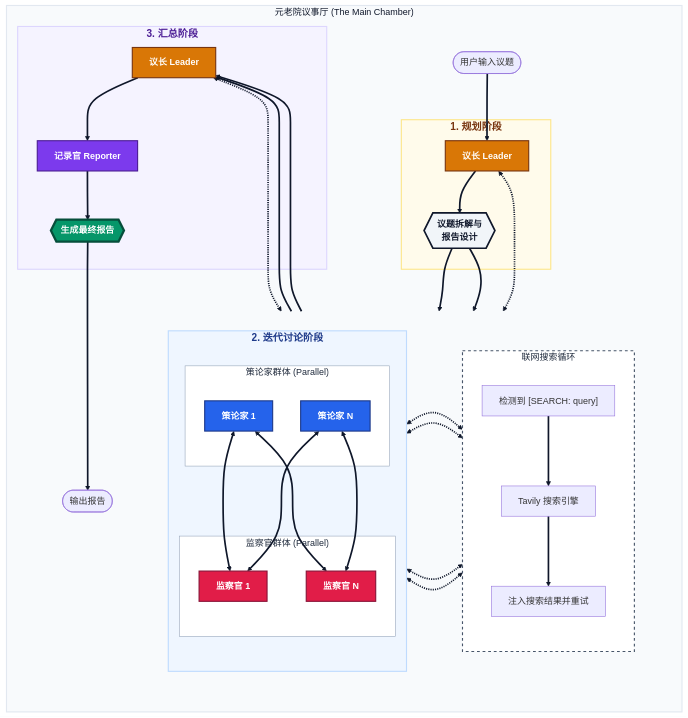
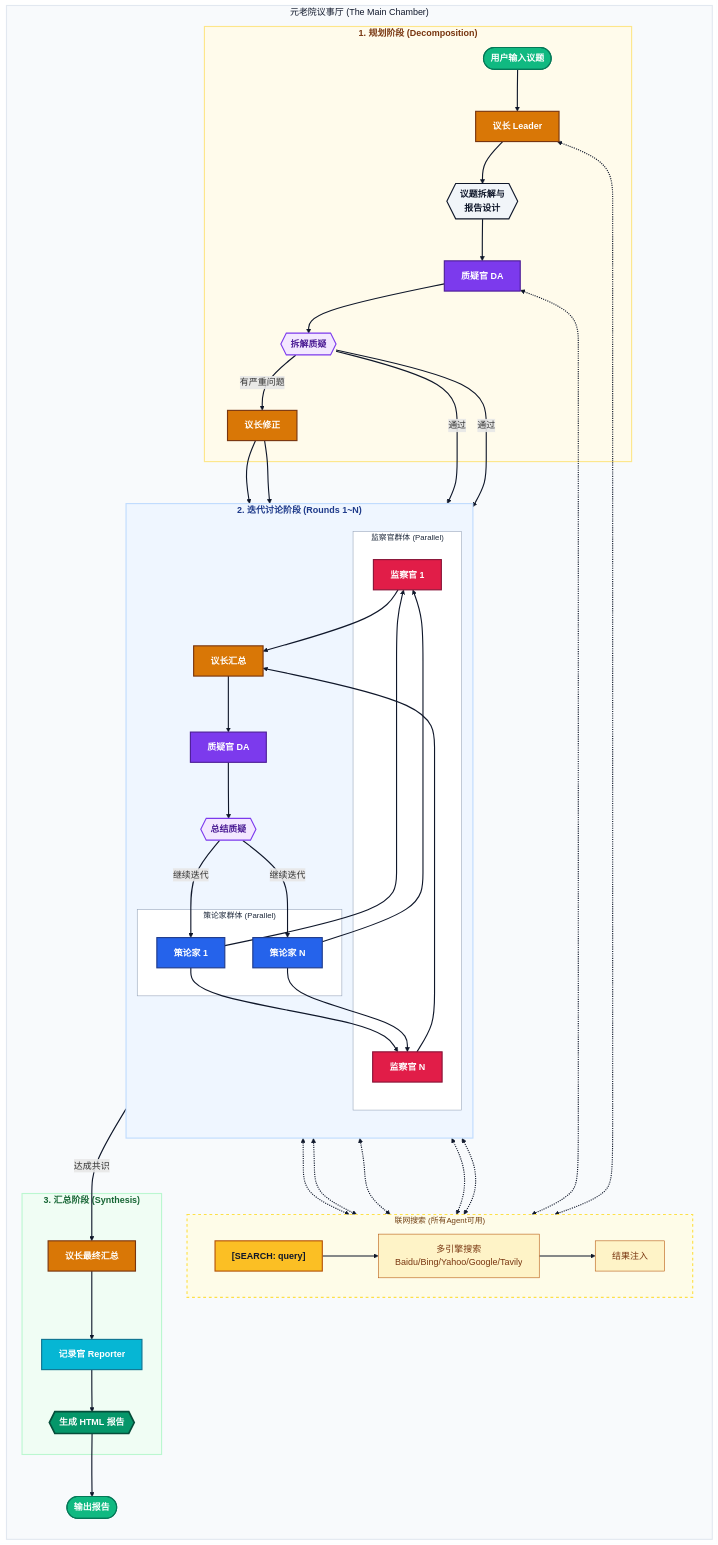
Before and after one commit to mzniu/AICouncil: the diagram in docs/workflow.md, drawn with Mermaid. The commit also changed other lines of this file and 1 other file, not shown here.

Commit message:
docs: 更新workflow.md和architecture.md，反映当前Agent协作流程

````diff
--- a/docs/workflow.md
+++ b/docs/workflow.md
@@ -10,67 +10,85 @@
     subgraph Main_Chamber ["元老院议事厅 (The Main Chamber)"]
         direction TB
 
-        subgraph Planning_Phase ["1. 规划阶段"]
+        subgraph Planning_Phase ["1. 规划阶段 (Decomposition)"]
+            User_Input([用户输入议题])
             Leader_Init[议长 Leader]
             Decomposition{{"<b>议题拆解与<br/>报告设计</b>"}}
+            DA_Decomp[质疑官 DA]
+            DA_Challenge{{"<b>拆解质疑</b>"}}
+            Leader_Revise[议长修正]
         end
 
-        subgraph Middle_Part [" "]
-            direction LR
-            subgraph Execution_Phase ["2. 迭代讨论阶段"]
-                direction TB
-                subgraph Planners ["策论家群体 (Parallel)"]
-                    P1[策论家 1]
-                    P2[策论家 N]
-                end
-                
-                subgraph Auditors ["监察官群体 (Parallel)"]
-                    A1[监察官 1]
-                    A2[监察官 N]
-                end
+        subgraph Execution_Phase ["2. 迭代讨论阶段 (Rounds 1~N)"]
+            direction TB
+            subgraph Planners ["策论家群体 (Parallel)"]
+                P1[策论家 1]
+                P2[策论家 N]
             end
-
-            subgraph Search_Loop ["联网搜索循环"]
-                direction TB
-                SearchTag["检测到 [SEARCH: query]"]
-                Tavily[Tavily 搜索引擎]
-                Results["注入搜索结果并重试"]
+            
+            subgraph Auditors ["监察官群体 (Parallel)"]
+                A1[监察官 1]
+                A2[监察官 N]
             end
+            
+            Leader_Summary[议长汇总]
+            DA_Summary[质疑官 DA]
+            DA_Validate{{"<b>总结质疑</b>"}}
         end
 
-        subgraph Synthesis_Phase ["3. 汇总阶段"]
-            Leader_Final[议长 Leader]
-            Reporter[记录官 Reporter]
-            Final_Report{{"<b>生成最终报告</b>"}}
+        subgraph Search_Integration ["联网搜索 (所有Agent可用)"]
+            direction LR
+            SearchTag["[SEARCH: query]"]
+            MultiEngine["多引擎搜索<br/>Baidu/Bing/Yahoo/Google/Tavily"]
+            Results["结果注入"]
         end
 
-        %% 流程连接
-        User_Input([用户输入议题]) --> Leader_Init
+        subgraph Synthesis_Phase ["3. 汇总阶段 (Synthesis)"]
+            Leader_Final[议长最终汇总]
+            Reporter[记录官 Reporter]
+            Final_Report{{"<b>生成 HTML 报告</b>"}}
+        end
+
+        %% 规划阶段流程
+        User_Input --> Leader_Init
         Leader_Init --> Decomposition
-        Decomposition --> P1 & P2
+        Decomposition --> DA_Decomp
+        DA_Decomp --> DA_Challenge
+        DA_Challenge -->|有严重问题| Leader_Revise
+        DA_Challenge -->|通过| P1 & P2
+        Leader_Revise --> P1 & P2
         
-        %% 讨论循环
-        P1 & P2 <--> A1 & A2
+        %% 迭代讨论循环
+        P1 & P2 --> A1 & A2
+        A1 & A2 --> Leader_Summary
+        Leader_Summary --> DA_Summary
+        DA_Summary --> DA_Validate
+        DA_Validate -->|继续迭代| P1 & P2
+        DA_Validate -->|达成共识| Leader_Final
         
-        %% 搜索循环 (连接到执行阶段)
-        Leader_Init & P1 & P2 & A1 & A2 & Leader_Final <-.-> Search_Loop
-        SearchTag --> Tavily
-        Tavily --> Results
+        %% 搜索集成 (虚线表示可选触发)
+        Leader_Init & P1 & P2 & A1 & A2 & DA_Decomp & DA_Summary <-.-> SearchTag
+        SearchTag --> MultiEngine
+        MultiEngine --> Results
 
-        %% 汇总
-        A1 & A2 --> Leader_Final
+        %% 汇总阶段
         Leader_Final --> Reporter
         Reporter --> Final_Report
         Final_Report --> Output([输出报告])
     end
 
-    %% 全局连接线样式 (更粗、更黑)
-    linkStyle default stroke:#0f172a,stroke-width:3px;
+    %% 全局连接线样式
+    linkStyle default stroke:#0f172a,stroke-width:2px;
 
-    %% 样式定义 (高对比度/大字体)
+    %% 样式定义
     style Main_Chamber fill:#f8fafc,stroke:#e2e8f0,stroke-width:2px,color:#0f172a
     
+    style User_Input fill:#10b981,stroke:#047857,stroke-width:2px,color:#ffffff,font-weight:bold
+    style Output fill:#10b981,stroke:#047857,stroke-width:2px,color:#ffffff,font-weight:bold
+    
     style Leader_Init fill:#d97706,stroke:#78350f,stroke-width:2px,color:#ffffff,font-weight:bold
+    style Leader_Revise fill:#d97706,stroke:#78350f,stroke-width:2px,color:#ffffff,font-weight:bold
+    style Leader_Summary fill:#d97706,stroke:#78350f,stroke-width:2px,color:#ffffff,font-weight:bold
     style Leader_Final fill:#d97706,stroke:#78350f,stroke-width:2px,color:#ffffff,font-weight:bold
     
     style P1 fill:#2563eb,stroke:#1e3a8a,stroke-width:2px,color:#ffffff,font-weight:bold
@@ -79,21 +97,30 @@
     style A1 fill:#e11d48,stroke:#881337,stroke-width:2px,color:#ffffff,font-weight:bold
     style A2 fill:#e11d48,stroke:#881337,stroke-width:2px,color:#ffffff,font-weight:bold
     
-    style Reporter fill:#7c3aed,stroke:#4c1d95,stroke-width:2px,color:#ffffff,font-weight:bold
+    style DA_Decomp fill:#7c3aed,stroke:#4c1d95,stroke-width:2px,color:#ffffff,font-weight:bold
+    style DA_Summary fill:#7c3aed,stroke:#4c1d95,stroke-width:2px,color:#ffffff,font-weight:bold
     
-    style Search_Loop fill:#ffffff,stroke:#475569,stroke-width:2px,stroke-dasharray: 5 5
-    style Decomposition fill:#f1f5f9,stroke:#0f172a,stroke-width:3px,color:#0f172a,font-weight:bold
-    style Final_Report fill:#059669,stroke:#064e3b,stroke-width:4px,color:#ffffff,font-weight:bold
-    style Middle_Part fill:none,stroke:none
+    style Reporter fill:#06b6d4,stroke:#0e7490,stroke-width:2px,color:#ffffff,font-weight:bold
     
-    %% 子图样式 (各阶段区分颜色)
-    classDef planStyle fill:#fffbeb,stroke:#fde68a,stroke-width:2px,color:#78350f,font-weight:bold,font-size:18px
-    classDef execStyle fill:#eff6ff,stroke:#bfdbfe,stroke-width:2px,color:#1e3a8a,font-weight:bold,font-size:18px
-    classDef synthStyle fill:#f5f3ff,stroke:#ddd6fe,stroke-width:2px,color:#4c1d95,font-weight:bold,font-size:18px
-    classDef innerStyle fill:#ffffff,stroke:#94a3b8,stroke-width:1px,color:#1e293b,font-size:16px
+    style SearchTag fill:#fbbf24,stroke:#b45309,stroke-width:2px,color:#0f172a,font-weight:bold
+    style MultiEngine fill:#fef3c7,stroke:#b45309,stroke-width:1px,color:#78350f
+    style Results fill:#fef3c7,stroke:#b45309,stroke-width:1px,color:#78350f
+    
+    style Decomposition fill:#f1f5f9,stroke:#0f172a,stroke-width:2px,color:#0f172a,font-weight:bold
+    style DA_Challenge fill:#f3e8ff,stroke:#7c3aed,stroke-width:2px,color:#4c1d95,font-weight:bold
+    style DA_Validate fill:#f3e8ff,stroke:#7c3aed,stroke-width:2px,color:#4c1d95,font-weight:bold
+    style Final_Report fill:#059669,stroke:#064e3b,stroke-width:3px,color:#ffffff,font-weight:bold
+    
+    %% 子图样式
+    classDef planStyle fill:#fffbeb,stroke:#fde68a,stroke-width:2px,color:#78350f,font-weight:bold,font-size:16px
+    classDef execStyle fill:#eff6ff,stroke:#bfdbfe,stroke-width:2px,color:#1e3a8a,font-weight:bold,font-size:16px
+    classDef synthStyle fill:#f0fdf4,stroke:#bbf7d0,stroke-width:2px,color:#166534,font-weight:bold,font-size:16px
+    classDef searchStyle fill:#fefce8,stroke:#fde047,stroke-width:2px,stroke-dasharray: 5 5,color:#713f12,font-size:14px
+    classDef innerStyle fill:#ffffff,stroke:#94a3b8,stroke-width:1px,color:#1e293b,font-size:14px
 
     class Planning_Phase planStyle
     class Execution_Phase execStyle
     class Synthesis_Phase synthStyle
-    class Planners,Auditors,Search_Loop innerStyle
+    class Search_Integration searchStyle
+    class Planners,Auditors innerStyle
 ```
````
